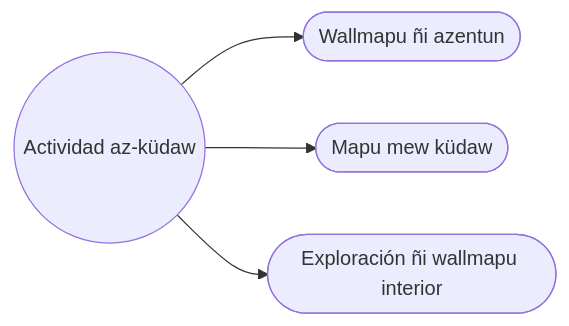
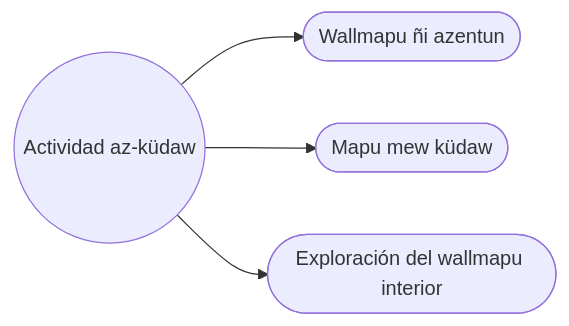
One commit to EGGS-Artesvisuales/EGGS-Artesvisuales.github.io changed the diagram in MPD/index.md. Above: the diagram before and after it, drawn with Mermaid. The commit also changed other lines of this file and 41 other files, not shown here.

```diff
--- a/MPD/index.md
+++ b/MPD/index.md
@@ -36,15 +36,15 @@
 <div class="mermaid">
 flowchart LR
   principal(("Actividad az-küdaw"))
   representacion(["Wallmapu ñi azentun"])
   accion(["Mapu mew küdaw"])
-  interior(["Exploración ñi wallmapu interior"])
+  interior(["Exploración del wallmapu interior"])
 
   principal --> representacion
   principal --> accion
   principal --> interior
 
   click representacion "/MPD/mundo-exterior.html" "Amun: Wallmapu ñi azentun"
   click accion "/MPD/accion.html" "Amun: Mapu mew küdaw"
   click interior "/MPD/interior.html" "Amun: Püle rakizuam"
 </div>
```
